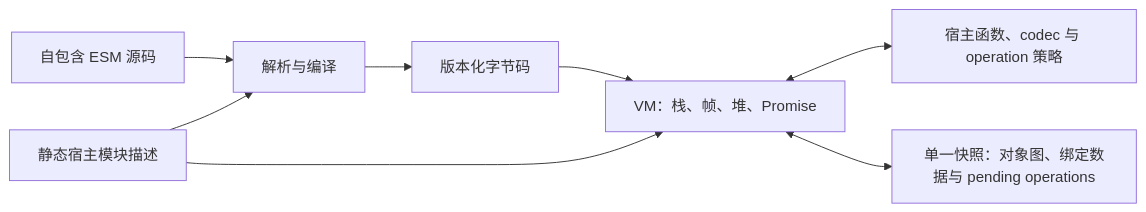
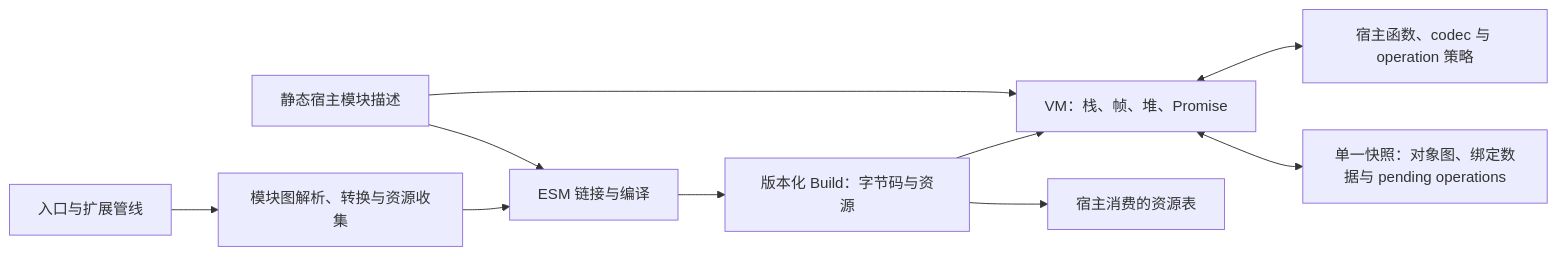
Before and after one commit to codehz/yield-js: the diagram in docs/design.md, drawn with Mermaid. The commit also changed other lines of this file, not shown here.

Commit message:
docs: design an extensible compiler frontend

````diff
--- a/docs/design.md
+++ b/docs/design.md
@@ -175,10 +179,12 @@
 ```mermaid
 flowchart LR
-    A[自包含 ESM 源码] --> B[解析与编译]
-    B --> C[版本化字节码]
-    C --> D[VM：栈、帧、堆、Promise]
-    E[静态宿主模块描述] --> B
-    E --> D
-    D <--> H[宿主函数、codec 与 operation 策略]
-    D <--> F[单一快照：对象图、绑定数据与 pending operations]
+    A[入口与扩展管线] --> B[模块图解析、转换与资源收集]
+    B --> C[ESM 链接与编译]
+    C --> D[版本化 Build：字节码与资源]
+    D --> E[VM：栈、帧、堆、Promise]
+    F[静态宿主模块描述] --> C
+    F --> E
+    E <--> H[宿主函数、codec 与 operation 策略]
+    E <--> I[单一快照：对象图、绑定数据与 pending operations]
+    D --> J[宿主消费的资源表]
 ```
````
